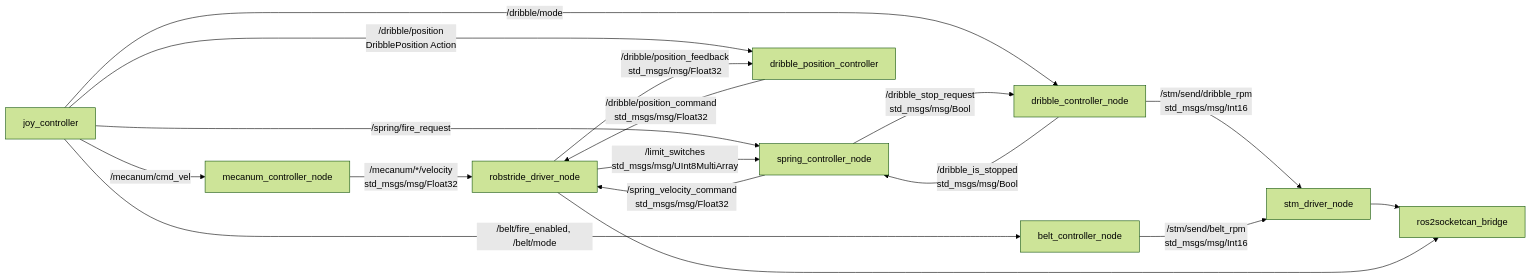
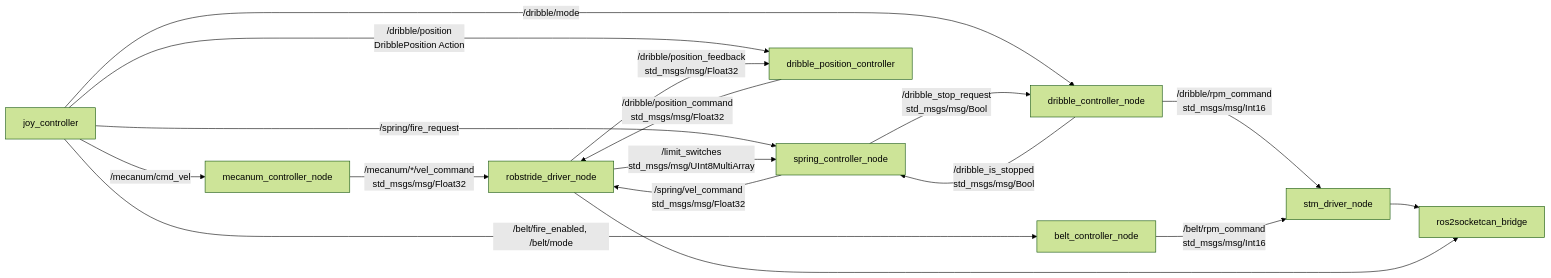
One commit to rodep-soft/rox2026 changed the diagram in ros2_ws/src/robot_controller/README.md. Above: the diagram before and after it, drawn with Mermaid (forest theme). The commit also changed other lines of this file and 19 other files, not shown here.

````diff
--- a/ros2_ws/src/robot_controller/README.md
+++ b/ros2_ws/src/robot_controller/README.md
@@ -7,31 +7,31 @@
 ```mermaid
 flowchart LR
   joy[joy_controller]
   mecanum[mecanum_controller_node]
   spring[spring_controller_node]
   dribble[dribble_controller_node]
   position[dribble_position_controller]
   belt[belt_controller_node]
   stm_driver[stm_driver_node]
   robstride_driver[robstride_driver_node]
   bridge[ros2socketcan_bridge]
 
   joy -->|/mecanum/cmd_vel| mecanum
   joy -->|/spring/fire_request| spring
   joy -->|/dribble/mode| dribble
   joy -->|/belt/fire_enabled, /belt/mode| belt
   joy -->|/dribble/position\nDribblePosition Action| position
 
-  mecanum -->|/mecanum/*/velocity\nstd_msgs/msg/Float32| robstride_driver
-  spring -->|/spring_velocity_command\nstd_msgs/msg/Float32| robstride_driver
-  dribble -->|/stm/send/dribble_rpm\nstd_msgs/msg/Int16| stm_driver
-  belt -->|/stm/send/belt_rpm\nstd_msgs/msg/Int16| stm_driver
+  mecanum -->|/mecanum/*/vel_command\nstd_msgs/msg/Float32| robstride_driver
+  spring -->|/spring/vel_command\nstd_msgs/msg/Float32| robstride_driver
+  dribble -->|/dribble/rpm_command\nstd_msgs/msg/Int16| stm_driver
+  belt -->|/belt/rpm_command\nstd_msgs/msg/Int16| stm_driver
   position -->|/dribble/position_command\nstd_msgs/msg/Float32| robstride_driver
   robstride_driver -->|/limit_switches\nstd_msgs/msg/UInt8MultiArray| spring
   spring -->|/dribble_stop_request\nstd_msgs/msg/Bool| dribble
   dribble -->|/dribble_is_stopped\nstd_msgs/msg/Bool| spring
   robstride_driver -->|/dribble/position_feedback\nstd_msgs/msg/Float32| position
 
   stm_driver --> bridge
   robstride_driver --> bridge
 ```
````
